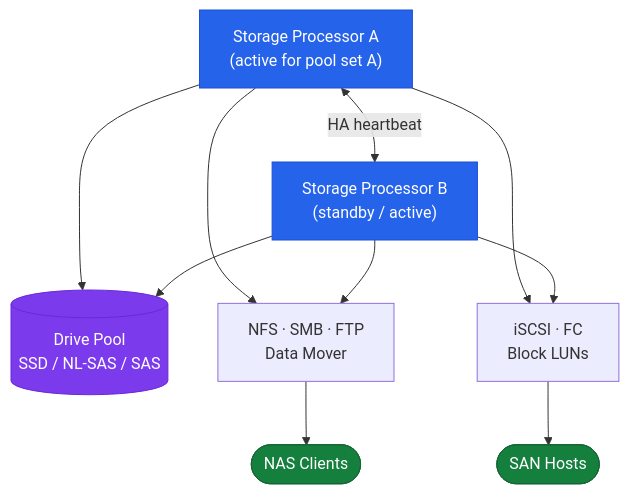
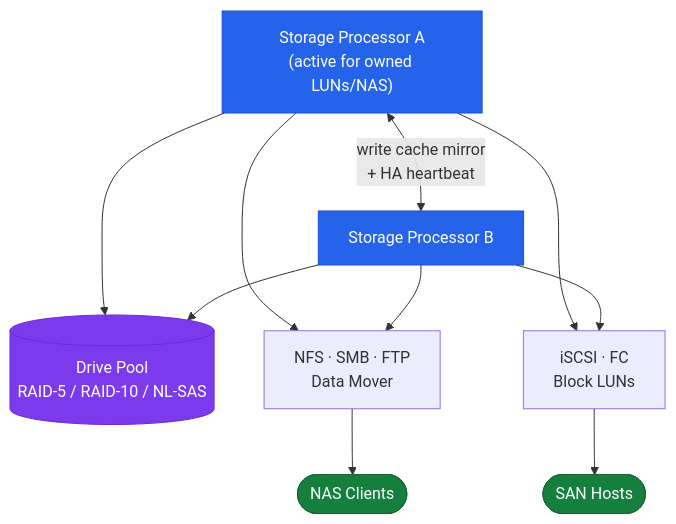
The diagram in docs/storage/dell/unity/architecture/index.md (canast01/chris-kb), drawn with Mermaid before and after one commit. The commit also changed other lines of this file and 35 other files, not shown here.

````diff
--- a/docs/storage/dell/unity/architecture/index.md
+++ b/docs/storage/dell/unity/architecture/index.md
@@ -9,16 +38,16 @@
 ```mermaid
 graph TB
-  SPA["Storage Processor A\n(active for pool set A)"] <-->|"HA heartbeat"| SPB["Storage Processor B\n(standby / active)"]
-  SPA & SPB --> POOL[("Drive Pool\nSSD / NL-SAS / SAS")]
+  SPA["Storage Processor A\n(active for owned LUNs/NAS)"] <-->|"write cache mirror\n+ HA heartbeat"| SPB["Storage Processor B"]
+  SPA & SPB --> POOL[("Drive Pool\nRAID-5 / RAID-10 / NL-SAS")]
   SPA --> NAS["NFS · SMB · FTP\nData Mover"]
   SPA --> SAN["iSCSI · FC\nBlock LUNs"]
   SPB --> NAS & SAN
   NAS --> NH(["NAS Clients"])
   SAN --> SH(["SAN Hosts"])
   classDef ctrl fill:#2563eb,stroke:#1d4ed8,color:#fff
   classDef store fill:#7c3aed,stroke:#6d28d9,color:#fff
   classDef host fill:#15803d,stroke:#166534,color:#fff
   class SPA,SPB ctrl
   class POOL store
   class NH,SH host
 ```
````
